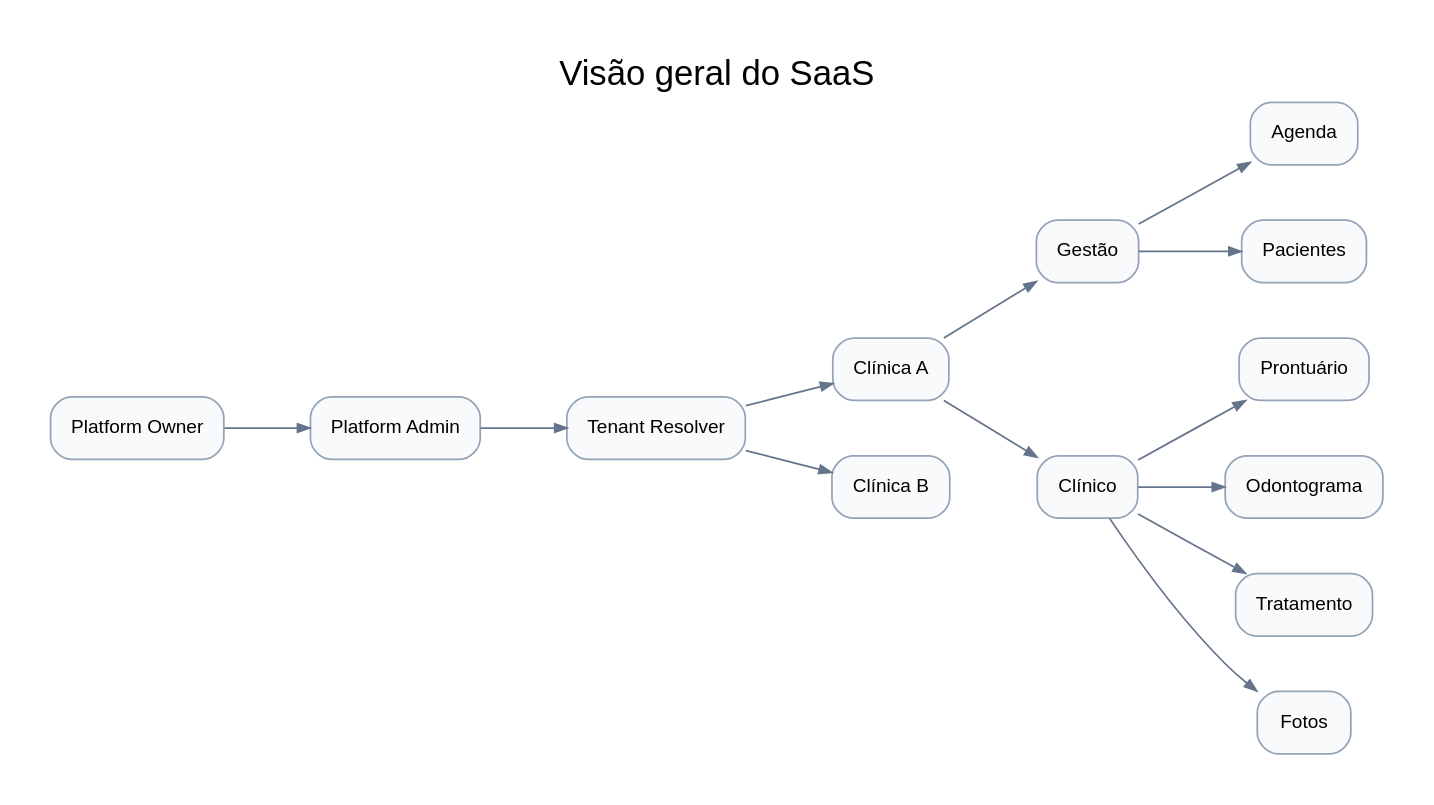
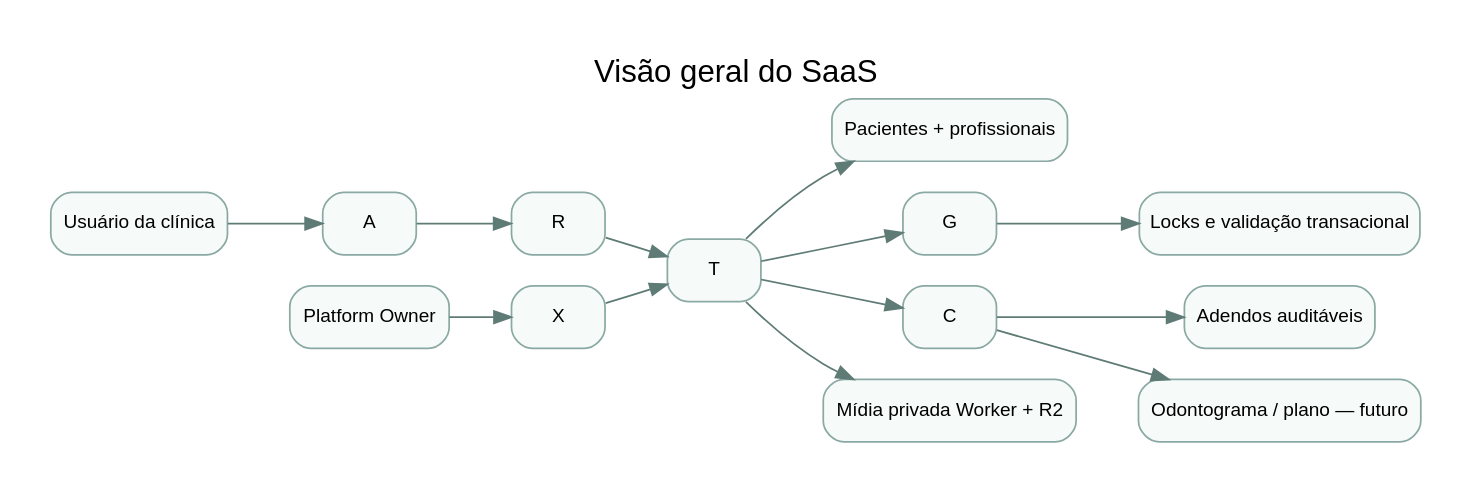
One commit to CristianoRFB/Dentista changed the diagram in docs/versions/v01-multitenant-whitelabel/diagrams/source/01-saas-overview.dot. Above: the diagram before and after it, drawn with Graphviz. The commit also changed 132 other files, not shown here.

```diff
--- a/docs/versions/v01-multitenant-whitelabel/diagrams/source/01-saas-overview.dot
+++ b/docs/versions/v01-multitenant-whitelabel/diagrams/source/01-saas-overview.dot
@@ -1,30 +1,31 @@
 digraph G {
-  graph [rankdir=LR, bgcolor="white", pad="0.3", nodesep="0.45", ranksep="0.7", label="Visão geral do SaaS", labelloc=t, fontsize=20, fontname="Arial"];
-  node [shape=box, style="rounded,filled", fillcolor="#f8fafc", color="#94a3b8", fontname="Arial", fontsize=11, margin="0.16,0.10"];
-  edge [color="#64748b", arrowsize=0.7, fontname="Arial"];
-  "Platform Owner";
-  "Platform Admin";
-  "Tenant Resolver";
-  "Clínica A";
-  "Clínica B";
-  "Gestão";
-  "Clínico";
-  "Agenda";
-  "Pacientes";
-  "Prontuário";
-  "Odontograma";
-  "Tratamento";
-  "Fotos";
-  "Platform Owner" -> "Platform Admin";
-  "Platform Admin" -> "Tenant Resolver";
-  "Tenant Resolver" -> "Clínica A";
-  "Tenant Resolver" -> "Clínica B";
-  "Clínica A" -> "Gestão";
-  "Clínica A" -> "Clínico";
-  "Gestão" -> "Agenda";
-  "Gestão" -> "Pacientes";
-  "Clínico" -> "Prontuário";
-  "Clínico" -> "Odontograma";
-  "Clínico" -> "Tratamento";
-  "Clínico" -> "Fotos";
+  rankdir=LR;
+  graph [bgcolor="white", pad="0.3", label="Visão geral do SaaS", labelloc=t, fontsize=18, fontname="Arial"];
+  node [shape=box, style="rounded,filled", fillcolor="#f6faf9", color="#8aa9a3", fontname="Arial", fontsize=11];
+  edge [color="#5f7b76", fontname="Arial", fontsize=9];
+  "V" [label="Usuário da clínica"];
+  "A" [label="A"];
+  "R" [label="R"];
+  "T" [label="T"];
+  "P" [label="Pacientes + profissionais"];
+  "G" [label="G"];
+  "C" [label="C"];
+  "M" [label="Mídia privada Worker + R2"];
+  "W" [label="Locks e validação transacional"];
+  "D" [label="Adendos auditáveis"];
+  "O" [label="Platform Owner"];
+  "X" [label="X"];
+  "F" [label="Odontograma / plano — futuro"];
+  "V" -> "A";
+  "A" -> "R";
+  "R" -> "T";
+  "T" -> "P";
+  "T" -> "G";
+  "T" -> "C";
+  "T" -> "M";
+  "G" -> "W";
+  "C" -> "D";
+  "O" -> "X";
+  "X" -> "T";
+  "C" -> "F";
 }
```
